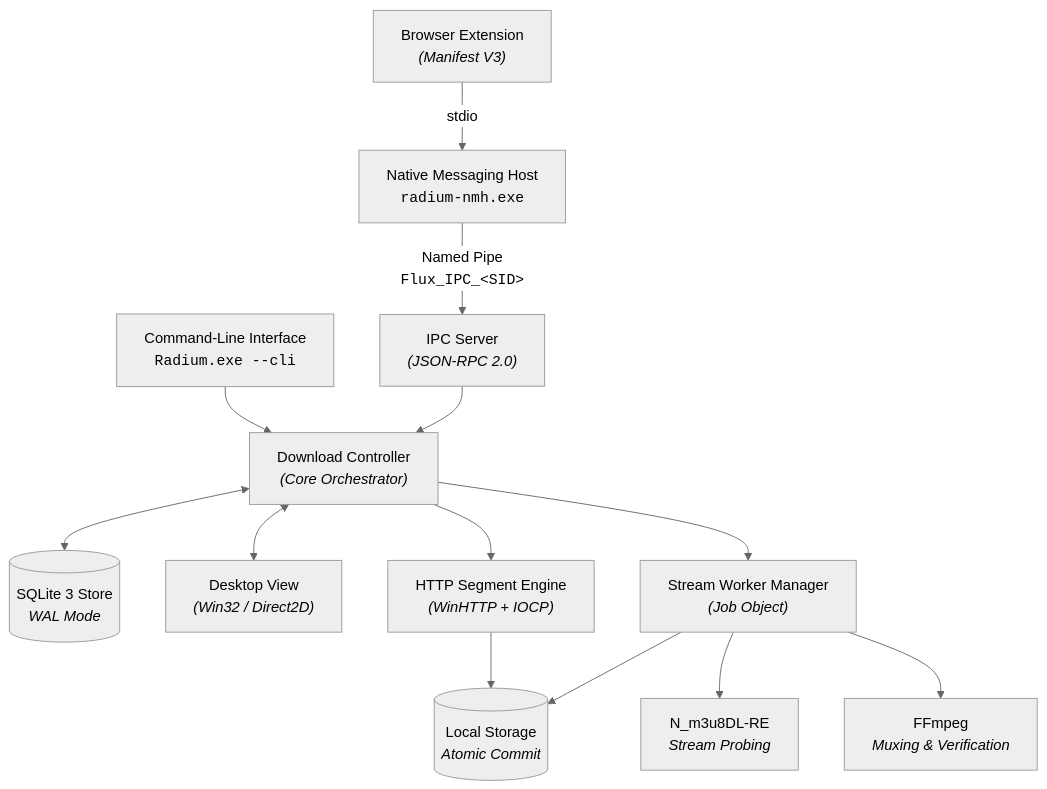
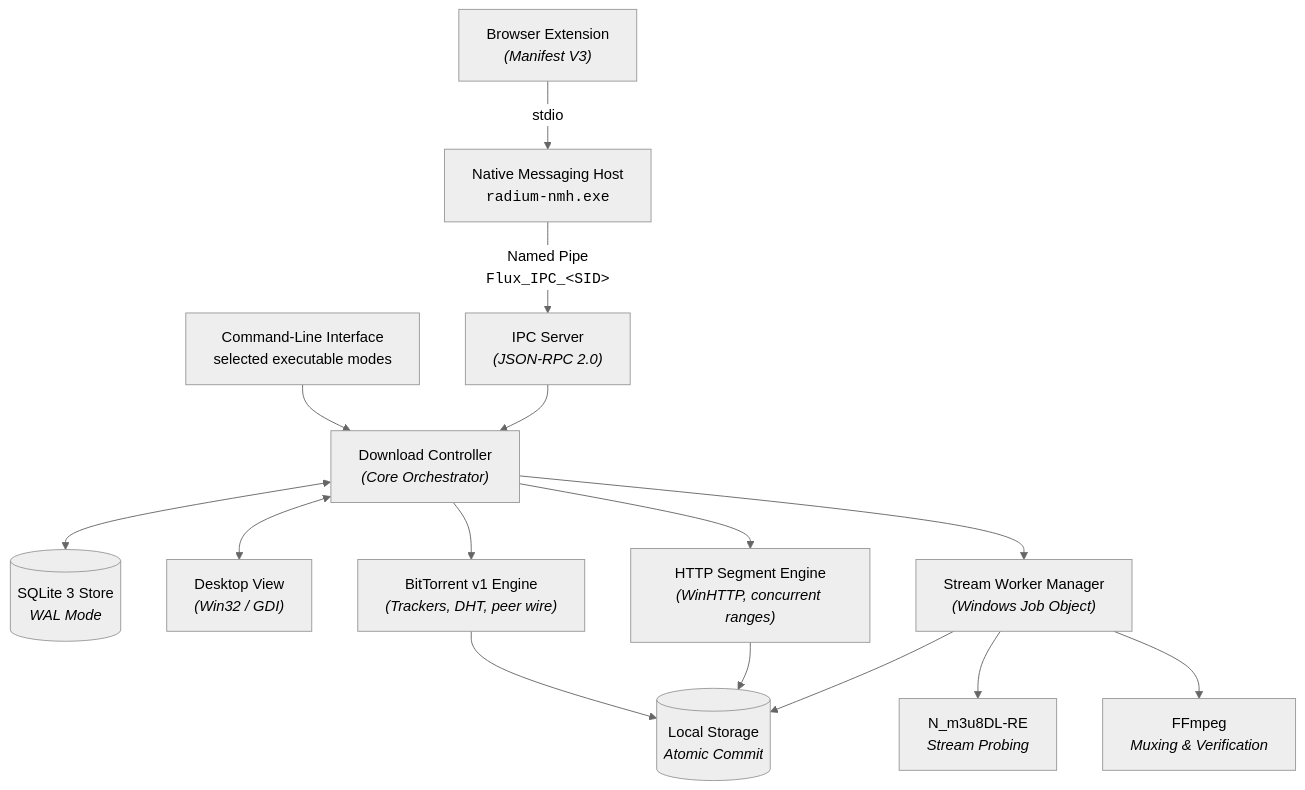
The diagram in README.md (sayedalve/Radium-Download-Manager), drawn with Mermaid (neutral theme) before and after one commit. The commit also changed other lines of this file and 4 other files, not shown here.

````diff
--- a/README.md
+++ b/README.md
@@ -323,20 +346,21 @@
 ```mermaid
 flowchart TD
     Ext["Browser Extension<br><i>(Manifest V3)</i>"] -->|stdio| NMH["Native Messaging Host<br><code>radium-nmh.exe</code>"]
     NMH -->|Named Pipe<br><code>Flux_IPC_&lt;SID&gt;</code>| IPC["IPC Server<br><i>(JSON-RPC 2.0)</i>"]
     
-    CLI["Command-Line Interface<br><code>Radium.exe --cli</code>"] --> Ctrl
+    CLI["Command-Line Interface<br>selected executable modes"] --> Ctrl
     IPC --> Ctrl["Download Controller<br><i>(Core Orchestrator)</i>"]
     
     Ctrl <--> DB[("SQLite 3 Store<br><i>WAL Mode</i>")]
-    Ctrl <--> UI["Desktop View<br><i>(Win32 / Direct2D)</i>"]
-    
-    Ctrl --> Engine["HTTP Segment Engine<br><i>(WinHTTP + IOCP)</i>"]
-    Ctrl --> WorkerMgr["Stream Worker Manager<br><i>(Job Object)</i>"]
+    Ctrl <--> UI["Desktop View<br><i>(Win32 / GDI)</i>"]
+    Ctrl --> Engine["HTTP Segment Engine<br><i>(WinHTTP, concurrent ranges)</i>"]
+    Ctrl --> Torrent["BitTorrent v1 Engine<br><i>(Trackers, DHT, peer wire)</i>"]
+    Ctrl --> WorkerMgr["Stream Worker Manager<br><i>(Windows Job Object)</i>"]
+    Torrent --> Disk
     
     WorkerMgr --> N_M3U8["N_m3u8DL-RE<br><i>Stream Probing</i>"]
     WorkerMgr --> FFMPEG["FFmpeg<br><i>Muxing & Verification</i>"]
     
     Engine --> Disk[("Local Storage<br><i>Atomic Commit</i>")]
     WorkerMgr --> Disk
 ```
````
